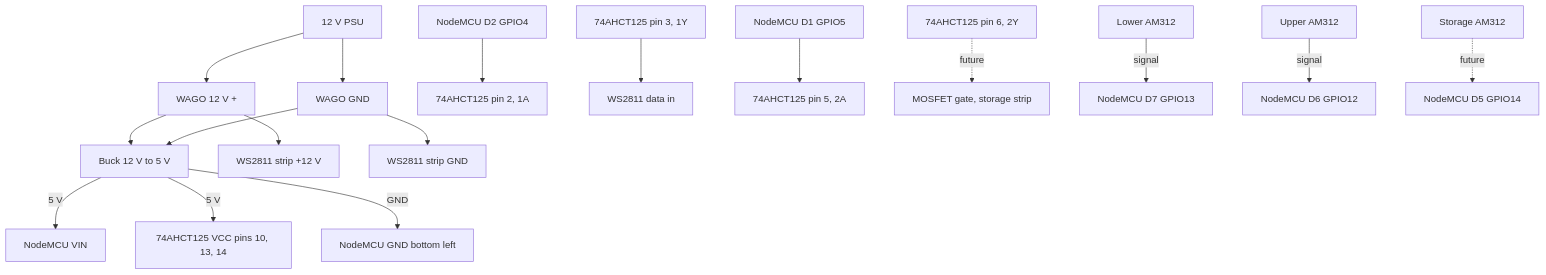
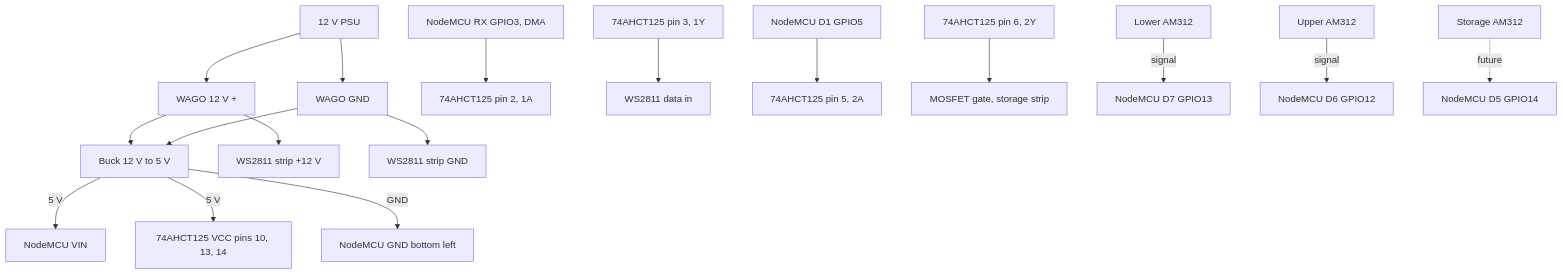
One commit to tim-salvador/espHOME changed the third of 6 diagrams in stairwell-lighting/README.md. Above: the diagram before and after it, drawn with Mermaid. The commit also changed other lines of this file and 16 other files, not shown here.

````diff
--- a/stairwell-lighting/README.md
+++ b/stairwell-lighting/README.md
@@ -206,22 +211,22 @@
 ```mermaid
 flowchart TB
     PSU[12 V PSU] --> W12[WAGO 12 V +]
     PSU --> WG[WAGO GND]
     W12 --> BUCK[Buck 12 V to 5 V]
     WG --> BUCK
     W12 --> STRIP[WS2811 strip +12 V]
     WG --> STRIPG[WS2811 strip GND]
     BUCK -- 5 V --> VIN[NodeMCU VIN]
     BUCK -- 5 V --> SHV[74AHCT125 VCC pins 10, 13, 14]
     BUCK -- GND --> NG[NodeMCU GND bottom left]
 
-    D2[NodeMCU D2 GPIO4] --> S2[74AHCT125 pin 2, 1A]
+    RX[NodeMCU RX GPIO3, DMA] --> S2[74AHCT125 pin 2, 1A]
     S3[74AHCT125 pin 3, 1Y] --> DATA[WS2811 data in]
 
     D1[NodeMCU D1 GPIO5] --> S5[74AHCT125 pin 5, 2A]
-    S6[74AHCT125 pin 6, 2Y] -. future .-> MOS[MOSFET gate, storage strip]
+    S6[74AHCT125 pin 6, 2Y] --> MOS[MOSFET gate, storage strip]
 
     LP[Lower AM312] -- signal --> D7[NodeMCU D7 GPIO13]
     UP[Upper AM312] -- signal --> D6[NodeMCU D6 GPIO12]
     SP[Storage AM312] -. future .-> D5[NodeMCU D5 GPIO14]
 ```
````
